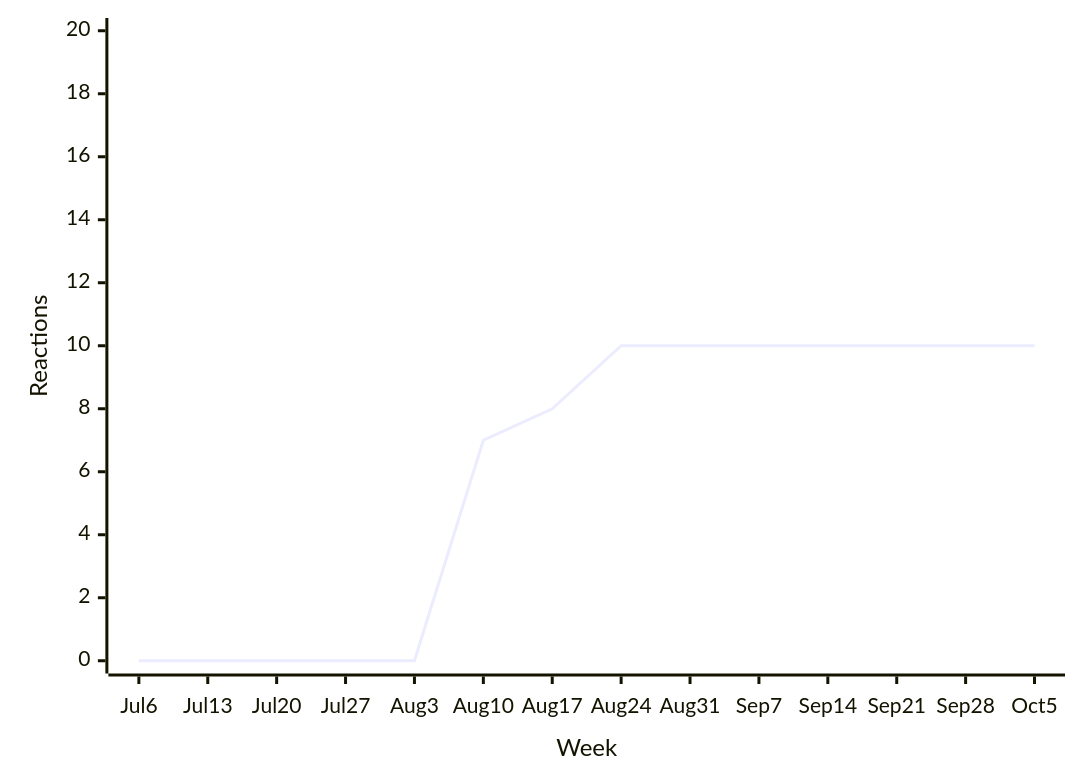
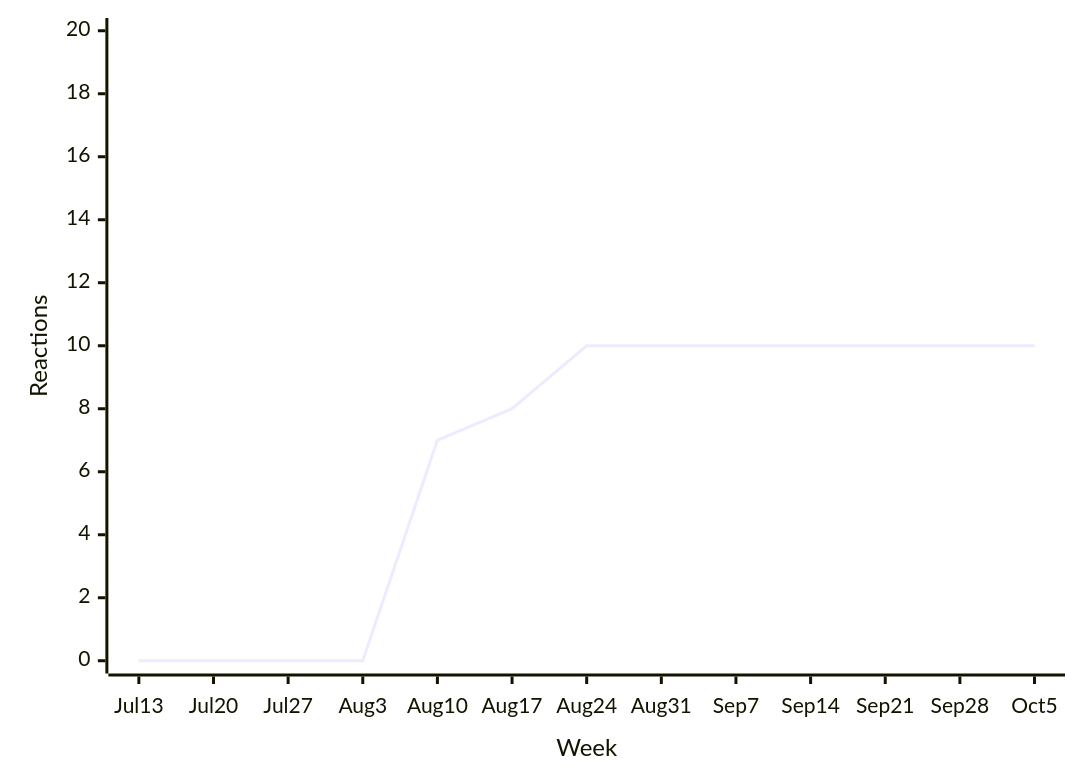
Before and after one commit to loic-sharma/github-insights: diagram 16 of 34 in README.md, drawn with Mermaid. The commit also changed other lines of this file and 3 other files, not shown here.

````diff
--- a/README.md
+++ b/README.md
@@ -579,6 +579,6 @@
   ```mermaid
   xychart-beta
-    x-axis "Week" [Jul 6, Jul 13, Jul 20, Jul 27, Aug 3, Aug 10, Aug 17, Aug 24, Aug 31, Sep 7, Sep 14, Sep 21, Sep 28, Oct 5]
+    x-axis "Week" [Jul 13, Jul 20, Jul 27, Aug 3, Aug 10, Aug 17, Aug 24, Aug 31, Sep 7, Sep 14, Sep 21, Sep 28, Oct 5]
     y-axis "Reactions" 0 --> 20
-    line [0, 0, 0, 0, 0, 7, 8, 10, 10, 10, 10, 10, 10, 10]
+    line [0, 0, 0, 0, 7, 8, 10, 10, 10, 10, 10, 10, 10]
   ```
````
